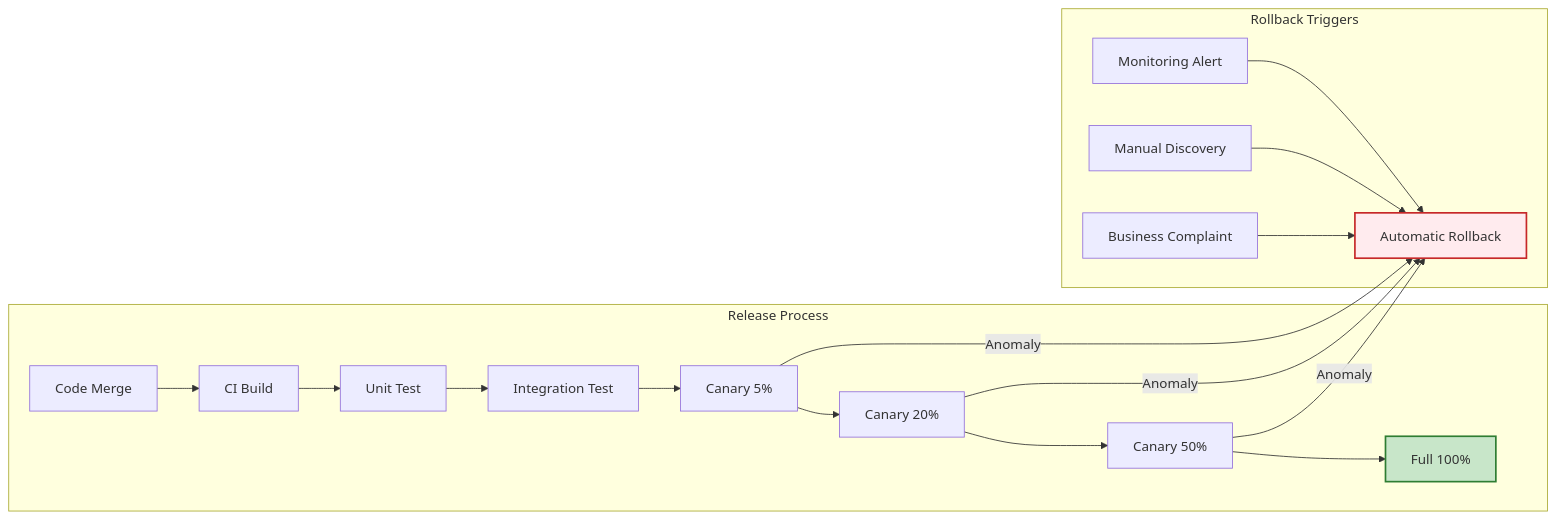
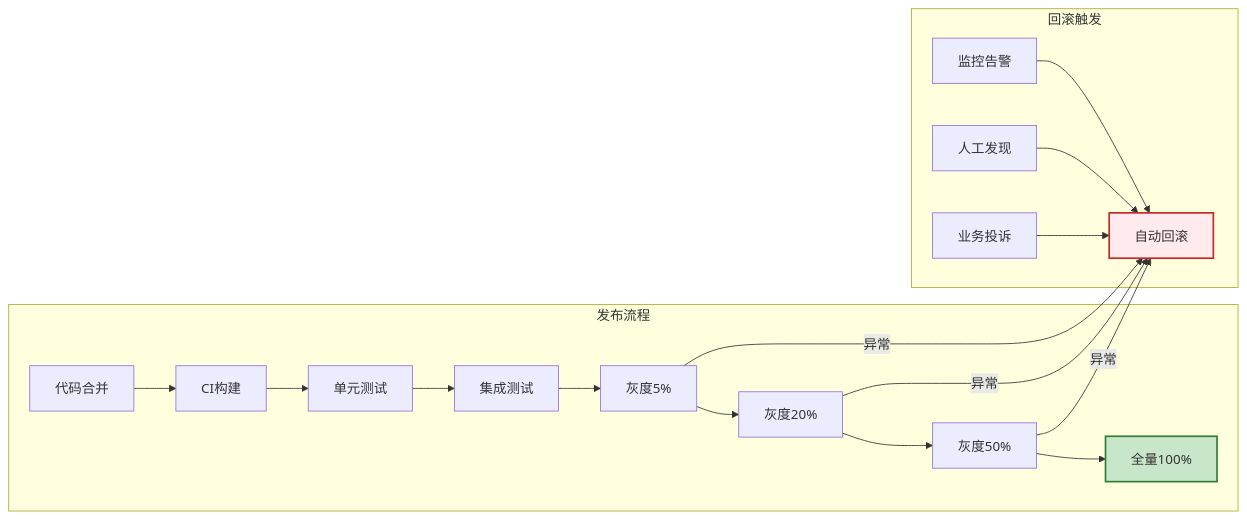
The tenth of 10 diagrams in templates/Product/Technology/Template-Algorithm.md (Kirky-X/cangjie), drawn with Mermaid before and after one commit. The commit also changed other lines of this file and 33 other files, not shown here.

````diff
--- a/templates/Product/Technology/Template-Algorithm.md
+++ b/templates/Product/Technology/Template-Algorithm.md
@@ -911,25 +911,25 @@
 ```mermaid
 graph LR
-    subgraph Release Process
-        A[Code Merge] --> B[CI Build]
-        B --> C[Unit Test]
-        C --> D[Integration Test]
-        D --> E[Canary 5%]
-        E --> F[Canary 20%]
-        F --> G[Canary 50%]
-        G --> H[Full 100%]
+    subgraph 发布流程
+        A[代码合并] --> B[CI构建]
+        B --> C[单元测试]
+        C --> D[集成测试]
+        D --> E[灰度5%]
+        E --> F[灰度20%]
+        F --> G[灰度50%]
+        G --> H[全量100%]
     end
 
-    subgraph Rollback Triggers
-        R1[Monitoring Alert] --> Rollback[Automatic Rollback]
-        R2[Manual Discovery] --> Rollback
-        R3[Business Complaint] --> Rollback
+    subgraph 回滚触发
+        R1[监控告警] --> Rollback[自动回滚]
+        R2[人工发现] --> Rollback
+        R3[业务投诉] --> Rollback
     end
 
-    E -->|Anomaly| Rollback
-    F -->|Anomaly| Rollback
-    G -->|Anomaly| Rollback
+    E -->|异常| Rollback
+    F -->|异常| Rollback
+    G -->|异常| Rollback
 
     style H fill:#c8e6c9,stroke:#2e7d32,stroke-width:2px
     style Rollback fill:#ffebee,stroke:#c62828,stroke-width:2px
 ```
````
